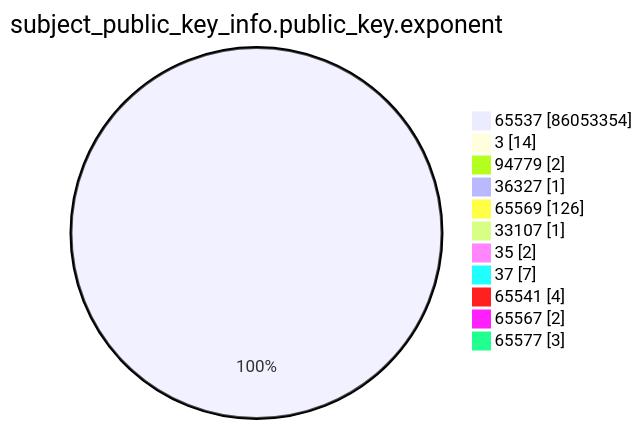
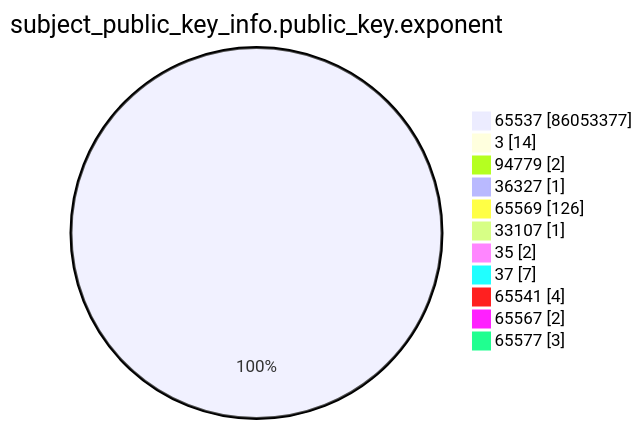
The fourth of 15 diagrams in xenon2023/README.md (christiankrug/ctmonitor_visualization), drawn with Mermaid before and after one commit. The commit also changed other lines of this file, not shown here.

````diff
--- a/xenon2023/README.md
+++ b/xenon2023/README.md
@@ -1241,15 +1241,15 @@
 ```mermaid
 pie showData
 title subject_public_key_info.public_key.exponent
-"65537" :86053354
+"65537" :86053377
 "3" :14
 "94779" :2
 "36327" :1
 "65569" :126
 "33107" :1
 "35" :2
 "37" :7
 "65541" :4
 "65567" :2
 "65577" :3
 ```
````
